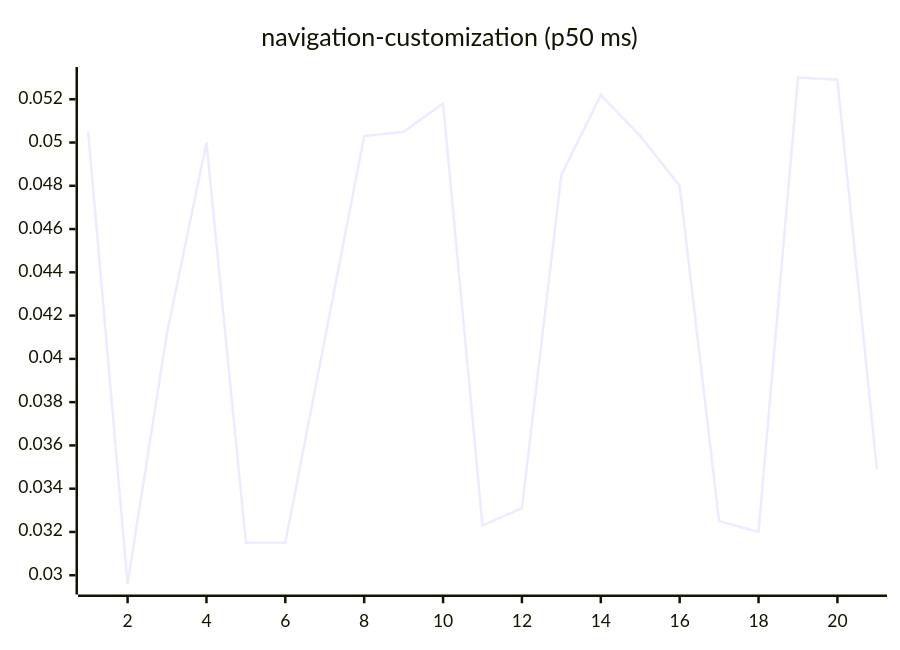
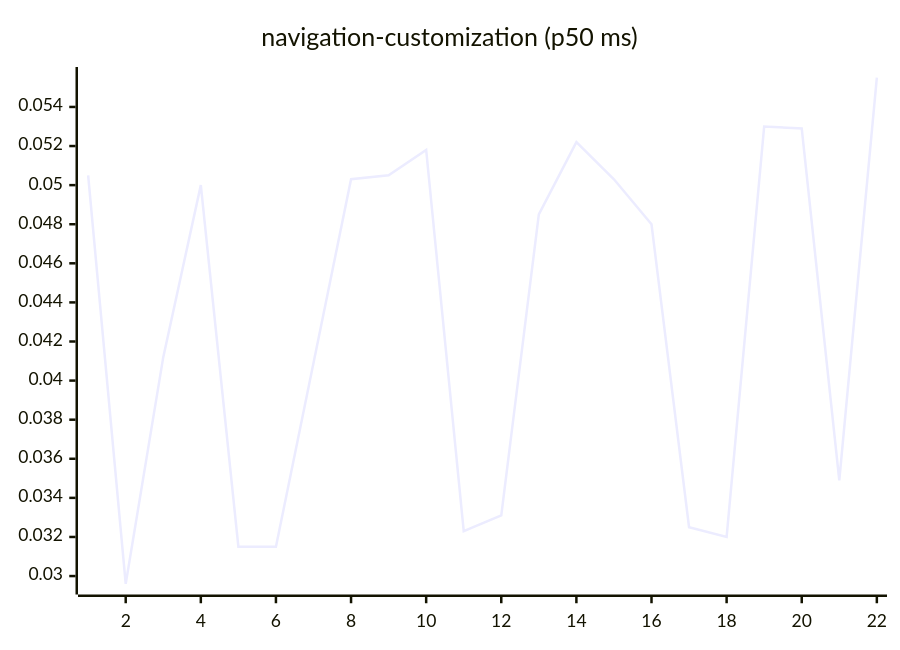
One commit to josha/Facet changed diagram 15 of 27 in README.md. Above: the diagram before and after it, drawn with Mermaid. The commit also changed other lines of this file and 2 other files, not shown here.

````diff
--- a/README.md
+++ b/README.md
@@ -161,6 +161,6 @@
 ```mermaid
 xychart-beta
     title "navigation-customization (p50 ms)"
-    x-axis 1 --> 21
-    line [0.0505, 0.0296, 0.0412, 0.0500, 0.0315, 0.0315, 0.0409, 0.0503, 0.0505, 0.0518, 0.0323, 0.0331, 0.0485, 0.0522, 0.0503, 0.0480, 0.0325, 0.0320, 0.0530, 0.0529, 0.0349]
+    x-axis 1 --> 22
+    line [0.0505, 0.0296, 0.0412, 0.0500, 0.0315, 0.0315, 0.0409, 0.0503, 0.0505, 0.0518, 0.0323, 0.0331, 0.0485, 0.0522, 0.0503, 0.0480, 0.0325, 0.0320, 0.0530, 0.0529, 0.0349, 0.0555]
 ```
````
